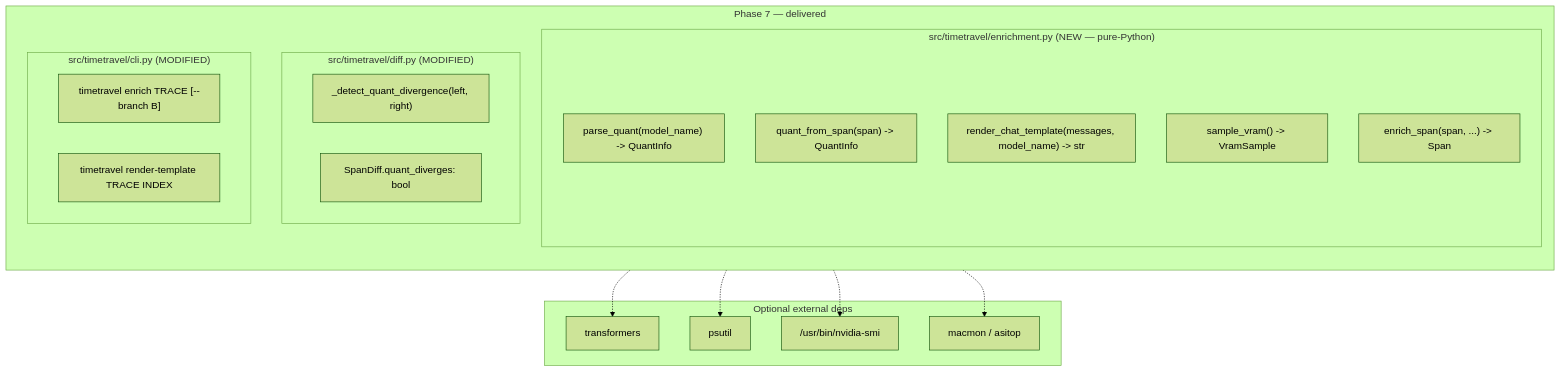
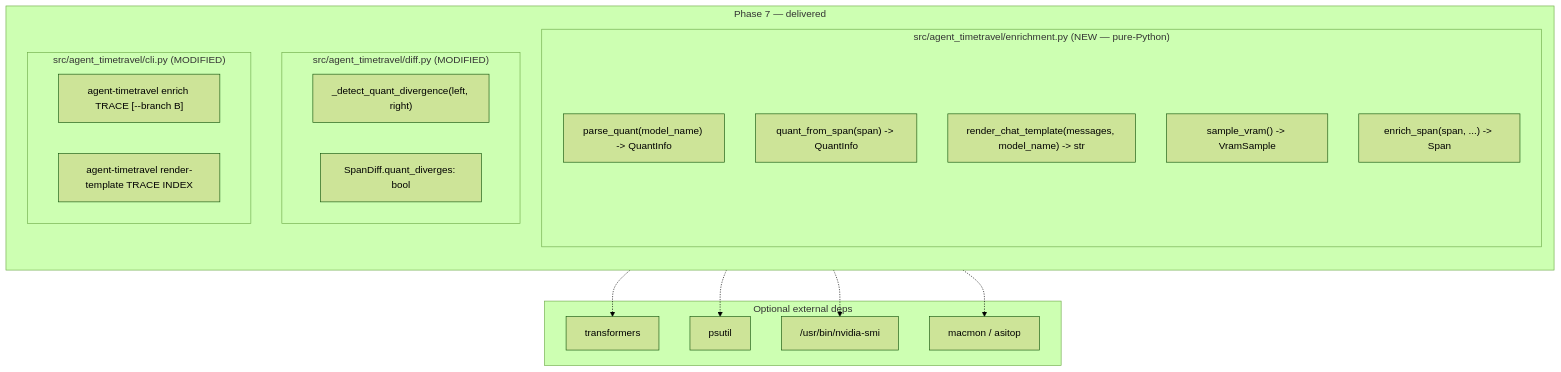
The first of 3 diagrams in docs/phases/phase-7.md (akshay-mp/Rewind), drawn with Mermaid (forest theme) before and after one commit. The commit also changed other lines of this file and 113 other files, not shown here.

Commit message:
Prepare agent-timetravel 0.2.0 release

````diff
--- a/docs/phases/phase-7.md
+++ b/docs/phases/phase-7.md
@@ -145,32 +145,32 @@
 ```mermaid
 flowchart TB
     %% Phase 7 architecture — local-model enrichment.
     subgraph P7["Phase 7 — delivered"]
         direction TB
-        subgraph EnrichMod["src/timetravel/enrichment.py (NEW — pure-Python)"]
+        subgraph EnrichMod["src/agent_timetravel/enrichment.py (NEW — pure-Python)"]
             ParseQuant["parse_quant(model_name) -> QuantInfo"]
             QuantFromSpan["quant_from_span(span) -> QuantInfo"]
             RenderTpl["render_chat_template(messages, model_name) -> str"]
             SampleVram["sample_vram() -> VramSample"]
             EnrichSpan["enrich_span(span, ...) -> Span"]
         end
-        subgraph DiffMod["src/timetravel/diff.py (MODIFIED)"]
+        subgraph DiffMod["src/agent_timetravel/diff.py (MODIFIED)"]
             QuantDiv["_detect_quant_divergence(left, right)"]
             SpanDiff["SpanDiff.quant_diverges: bool"]
         end
-        subgraph CLI2["src/timetravel/cli.py (MODIFIED)"]
-            CMDenrich["timetravel enrich TRACE [--branch B]"]
-            CMDrender["timetravel render-template TRACE INDEX"]
+        subgraph CLI2["src/agent_timetravel/cli.py (MODIFIED)"]
+            CMDenrich["agent-timetravel enrich TRACE [--branch B]"]
+            CMDrender["agent-timetravel render-template TRACE INDEX"]
         end
     end
     subgraph External["Optional external deps"]
         Transformers["transformers"]
         Psutil["psutil"]
         NvidiaSmi["/usr/bin/nvidia-smi"]
         MacMon["macmon / asitop"]
     end
     EnrichSpan -.-> Transformers
     EnrichSpan -.-> Psutil
     SampleVram -.-> NvidiaSmi
     SampleVram -.-> MacMon
 ```
````
